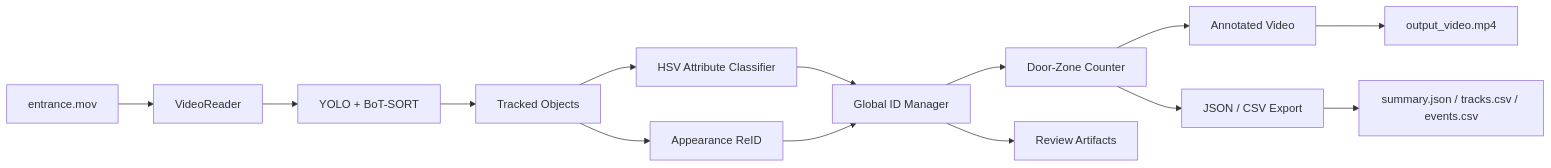
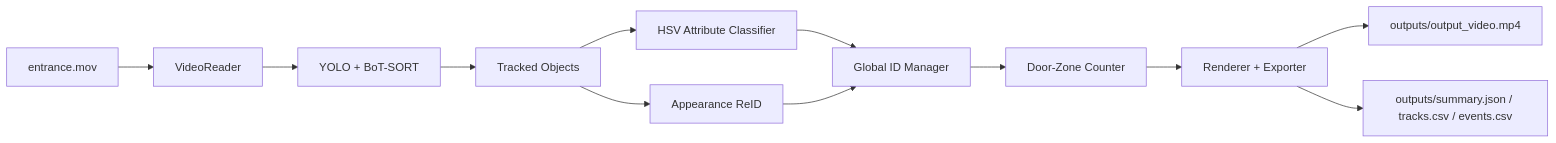
One commit to suphanatchanlek30/Coding-Test-People-Counting-ReID changed the diagram in README.md. Above: the diagram before and after it, drawn with Mermaid. The commit also changed other lines of this file and 5 other files, not shown here.

Commit message:
feature/production-architecture: update README to match latest results

````diff
--- a/README.md
+++ b/README.md
@@ -63,16 +21,14 @@
 ```mermaid
 flowchart LR
     A["entrance.mov"] --> B["VideoReader"]
     B --> C["YOLO + BoT-SORT"]
     C --> D["Tracked Objects"]
     D --> E["HSV Attribute Classifier"]
     D --> F["Appearance ReID"]
     E --> G["Global ID Manager"]
     F --> G
     G --> H["Door-Zone Counter"]
-    G --> I["Review Artifacts"]
-    H --> J["Annotated Video"]
-    H --> K["JSON / CSV Export"]
-    J --> L["output_video.mp4"]
-    K --> M["summary.json / tracks.csv / events.csv"]
+    H --> I["Renderer + Exporter"]
+    I --> J["outputs/output_video.mp4"]
+    I --> K["outputs/summary.json / tracks.csv / events.csv"]
 ```
````
